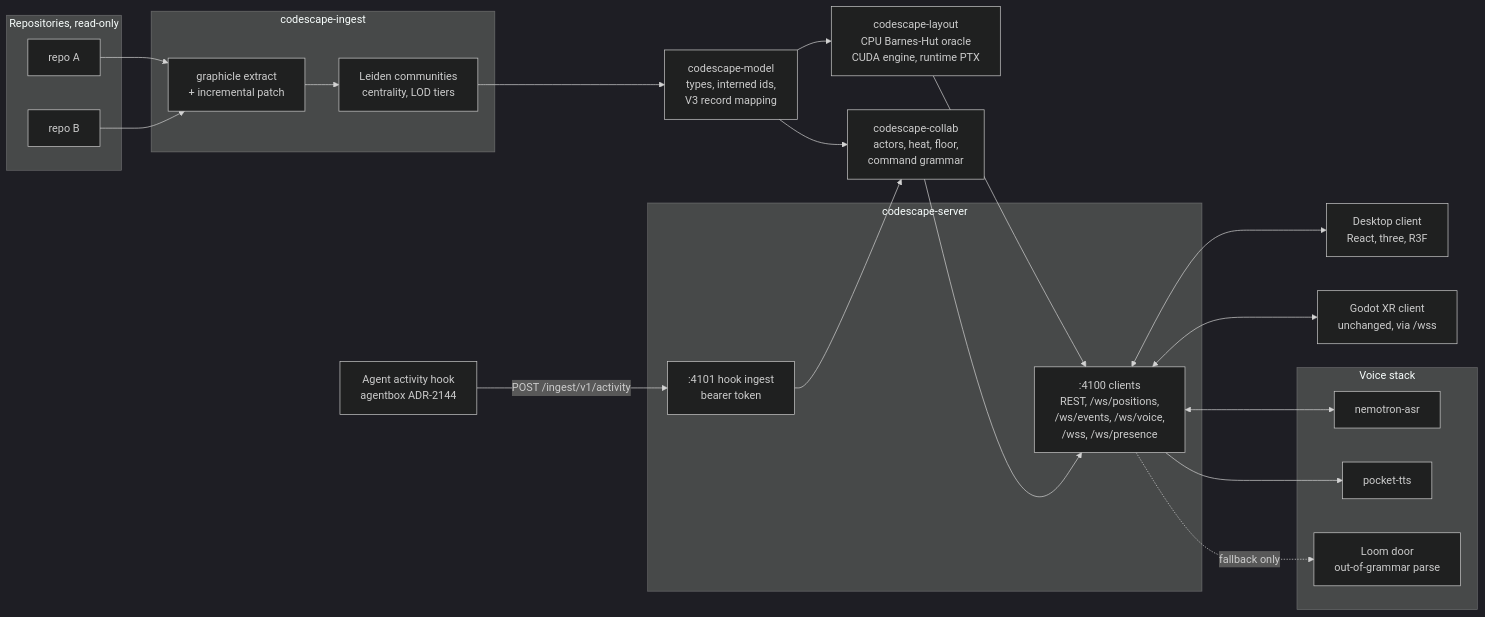
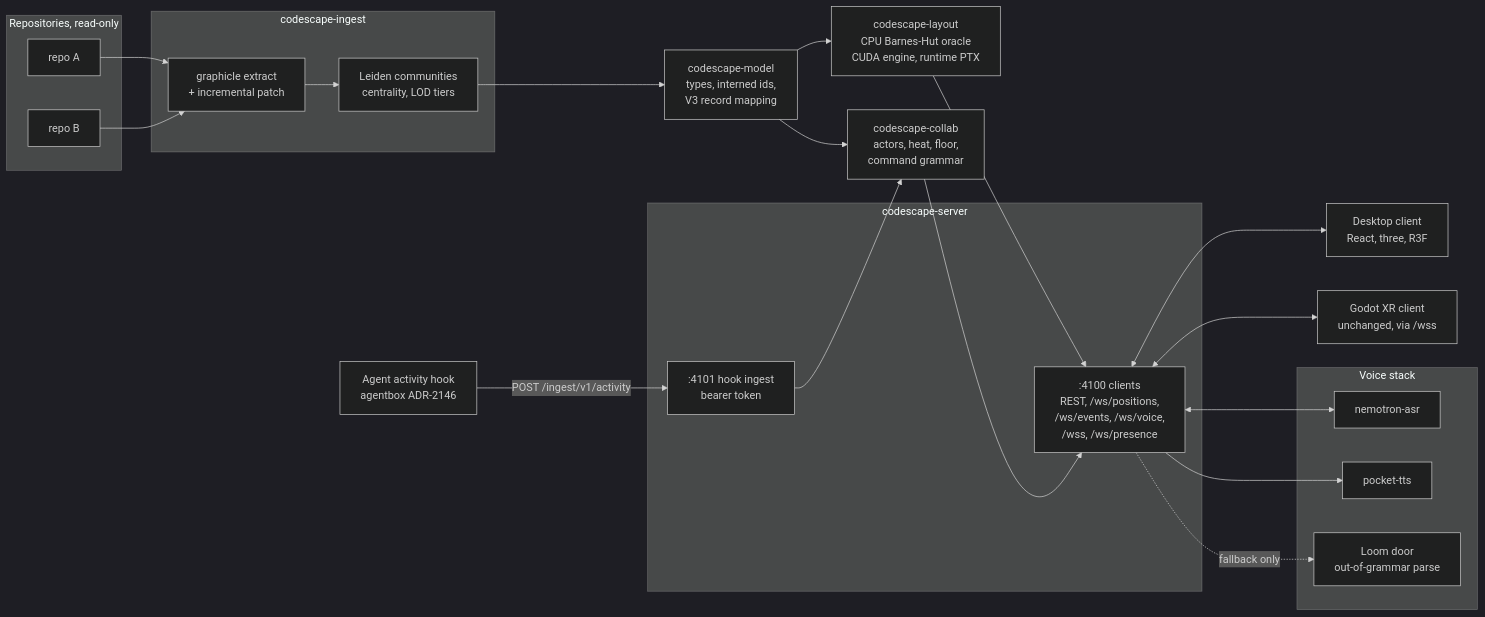
The diagram in README.md (DreamLab-AI/codescape), drawn with Mermaid (dark theme) before and after one commit. The commit also changed other lines of this file, not shown here.

````diff
--- a/README.md
+++ b/README.md
@@ -99,38 +108,38 @@
 ```mermaid
 flowchart LR
   subgraph sources[Repositories, read-only]
     R1[repo A]
     R2[repo B]
   end
   subgraph ingest[codescape-ingest]
     G[graphicle extract<br/>+ incremental patch]
     A[Leiden communities<br/>centrality, LOD tiers]
   end
   M[codescape-model<br/>types, interned ids,<br/>V3 record mapping]
   L[codescape-layout<br/>CPU Barnes-Hut oracle<br/>CUDA engine, runtime PTX]
   C[codescape-collab<br/>actors, heat, floor,<br/>command grammar]
   subgraph server[codescape-server]
     S4100[:4100 clients<br/>REST, /ws/positions,<br/>/ws/events, /ws/voice,<br/>/wss, /ws/presence]
     S4101[:4101 hook ingest<br/>bearer token]
   end
   D[Desktop client<br/>React, three, R3F]
   X[Godot XR client<br/>unchanged, via /wss]
-  H[Agent activity hook<br/>agentbox ADR-2144]
+  H[Agent activity hook<br/>agentbox ADR-2146]
   subgraph voice[Voice stack]
     ASR[nemotron-asr]
     TTS[pocket-tts]
     LOOM[Loom door<br/>out-of-grammar parse]
   end
 
   R1 --> G
   R2 --> G
   G --> A --> M
   M --> L --> S4100
   M --> C --> S4100
   H -- POST /ingest/v1/activity --> S4101 --> C
   S4100 <--> D
   S4100 <--> X
   S4100 <--> ASR
   S4100 --> TTS
   S4100 -. fallback only .-> LOOM
 ```
````
